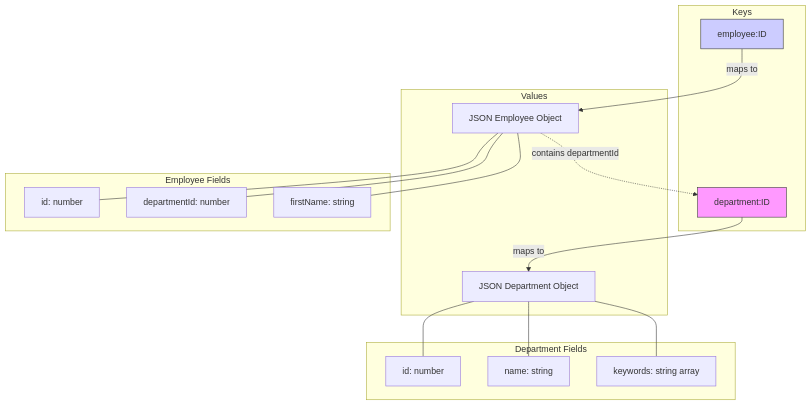
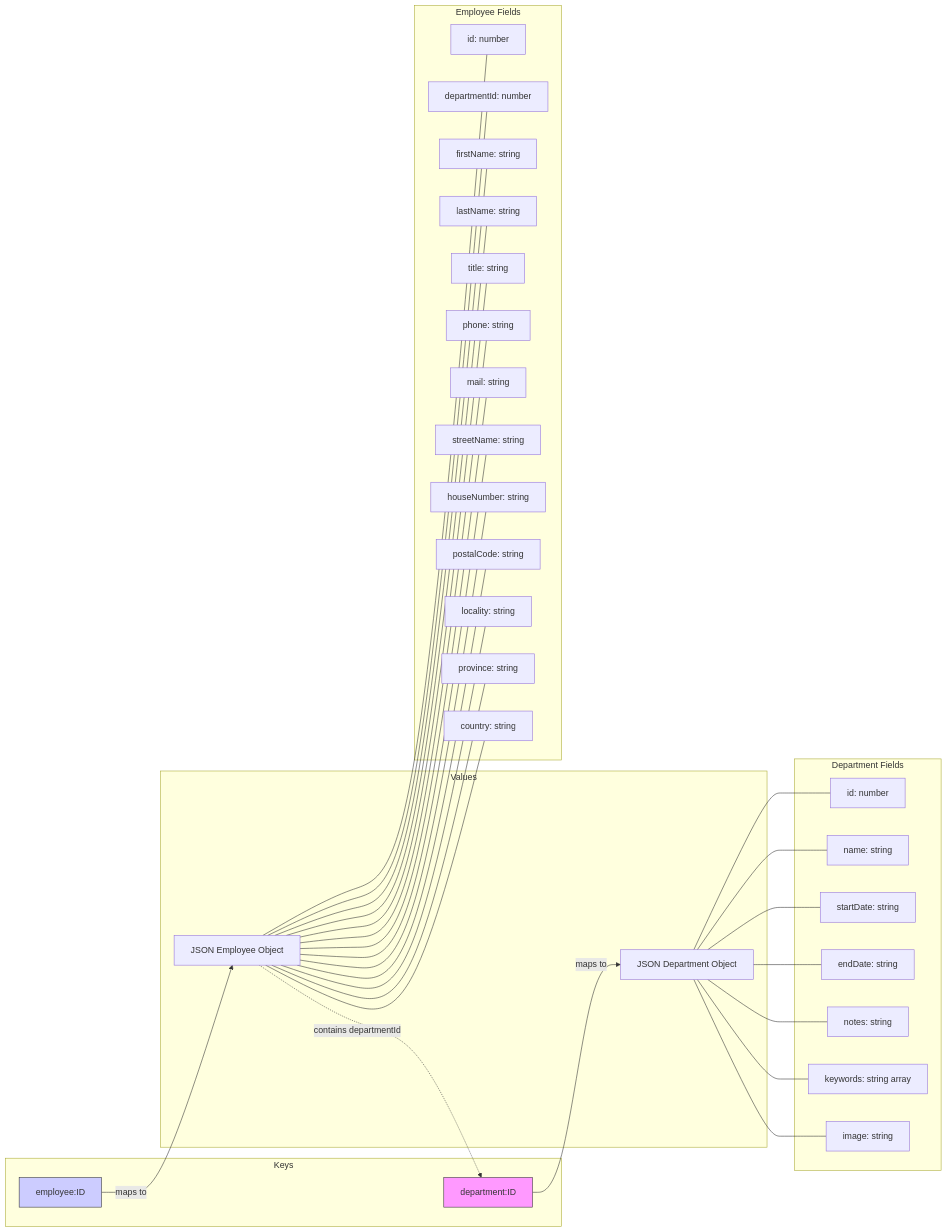
One commit to k1729p/Study28 changed the diagram in docs/mermaid/flowchartRedis.md. Above: the diagram before and after it, drawn with Mermaid. The commit also changed 1 other file, not shown here.

````diff
--- a/docs/mermaid/flowchartRedis.md
+++ b/docs/mermaid/flowchartRedis.md
@@ -3,32 +3,46 @@
 ```mermaid
-flowchart TD
+flowchart LR
     subgraph Keys
         D_Key[department:ID]
         E_Key[employee:ID]
     end
 
     subgraph Values
         D_Val[JSON Department Object]
         E_Val[JSON Employee Object]
     end
 
     D_Key -->|maps to| D_Val
     E_Key -->|maps to| E_Val
 
     E_Val -.->|contains departmentId| D_Key
 
     subgraph Department Fields
-        D_Val --- d1[id: number]
-        D_Val --- d2[name: string]
-        D_Val --- d3[keywords: string array]
+        D_Val --- d01[id: number]
+        D_Val --- d02[name: string]
+        D_Val --- d03[startDate: string]
+        D_Val --- d04[endDate: string]
+        D_Val --- d05[notes: string]
+        D_Val --- d06[keywords: string array]
+        D_Val --- d07[image: string]
     end
 
     subgraph Employee Fields
-        E_Val --- e1[id: number]
-        E_Val --- e2[departmentId: number]
-        E_Val --- e3[firstName: string]
+        E_Val --- e01[id: number]
+        E_Val --- e02[departmentId: number]
+        E_Val --- e03[firstName: string]
+        E_Val --- e04[lastName: string]
+        E_Val --- e05[title: string]
+        E_Val --- e06[phone: string]
+        E_Val --- e07[mail: string]
+        E_Val --- e08[streetName: string]
+        E_Val --- e09[houseNumber: string]
+        E_Val --- e10[postalCode: string]
+        E_Val --- e11[locality: string]
+        E_Val --- e12[province: string]
+        E_Val --- e13[country: string]
     end
 
     style D_Key fill:#f9f,stroke:#333
     style E_Key fill:#ccf,stroke:#333
 ```
````
